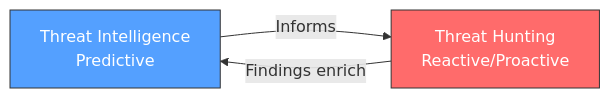
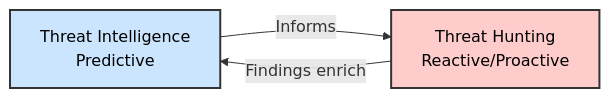
The fifth of 5 diagrams in 4-Introduction-to-Threat-Hunting-Hunting-With-Elastic/README.md (manojxshrestha/SOC-Analyst-Cheatsheet), drawn with Mermaid before and after one commit. The commit also changed other lines of this file, not shown here.

Commit message:
feat: Improve mermaid diagram visibility

````diff
--- a/4-Introduction-to-Threat-Hunting-Hunting-With-Elastic/README.md
+++ b/4-Introduction-to-Threat-Hunting-Hunting-With-Elastic/README.md
@@ -372,8 +372,8 @@
 ```mermaid
 graph LR
-    TI[Threat Intelligence<br/>Predictive] -->|Informs| TH[Threat Hunting<br/>Reactive/Proactive]
+    TI["Threat Intelligence<br/>Predictive"] -->|Informs| TH["Threat Hunting<br/>Reactive/Proactive"]
     TH -->|Findings enrich| TI
     
-    style TI fill:#54a0ff,stroke:#333,color:#fff
-    style TH fill:#ff6b6b,stroke:#333,color:#fff
+    style TI fill:#cce5ff,stroke:#333,stroke-width:2px,color:#000
+    style TH fill:#ffcccc,stroke:#333,stroke-width:2px,color:#000
 ```
````
